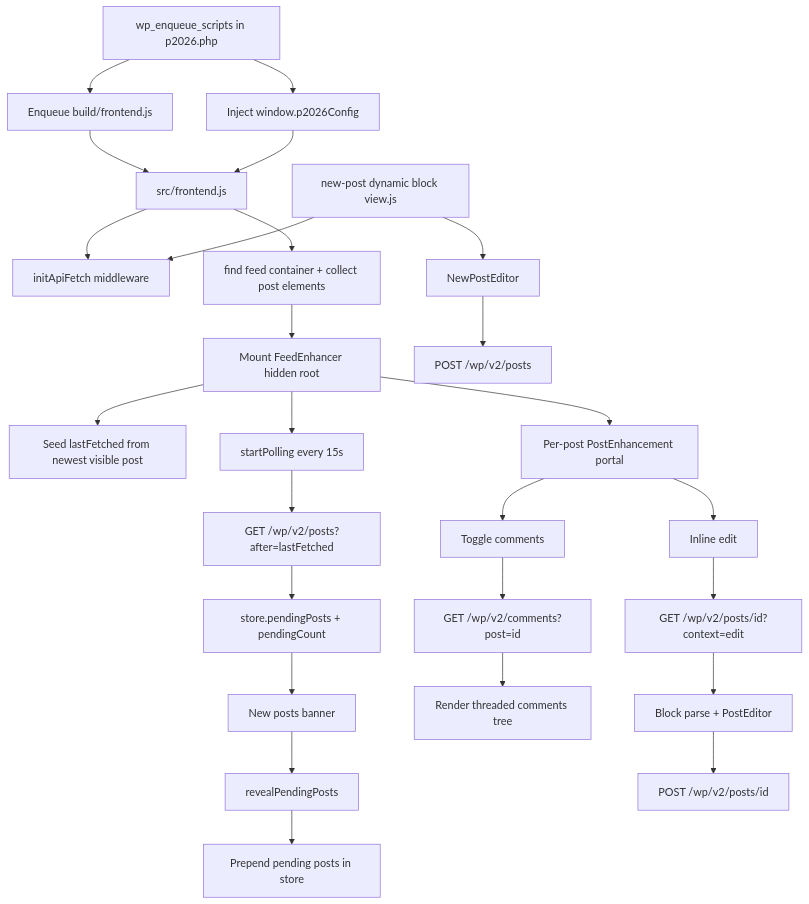
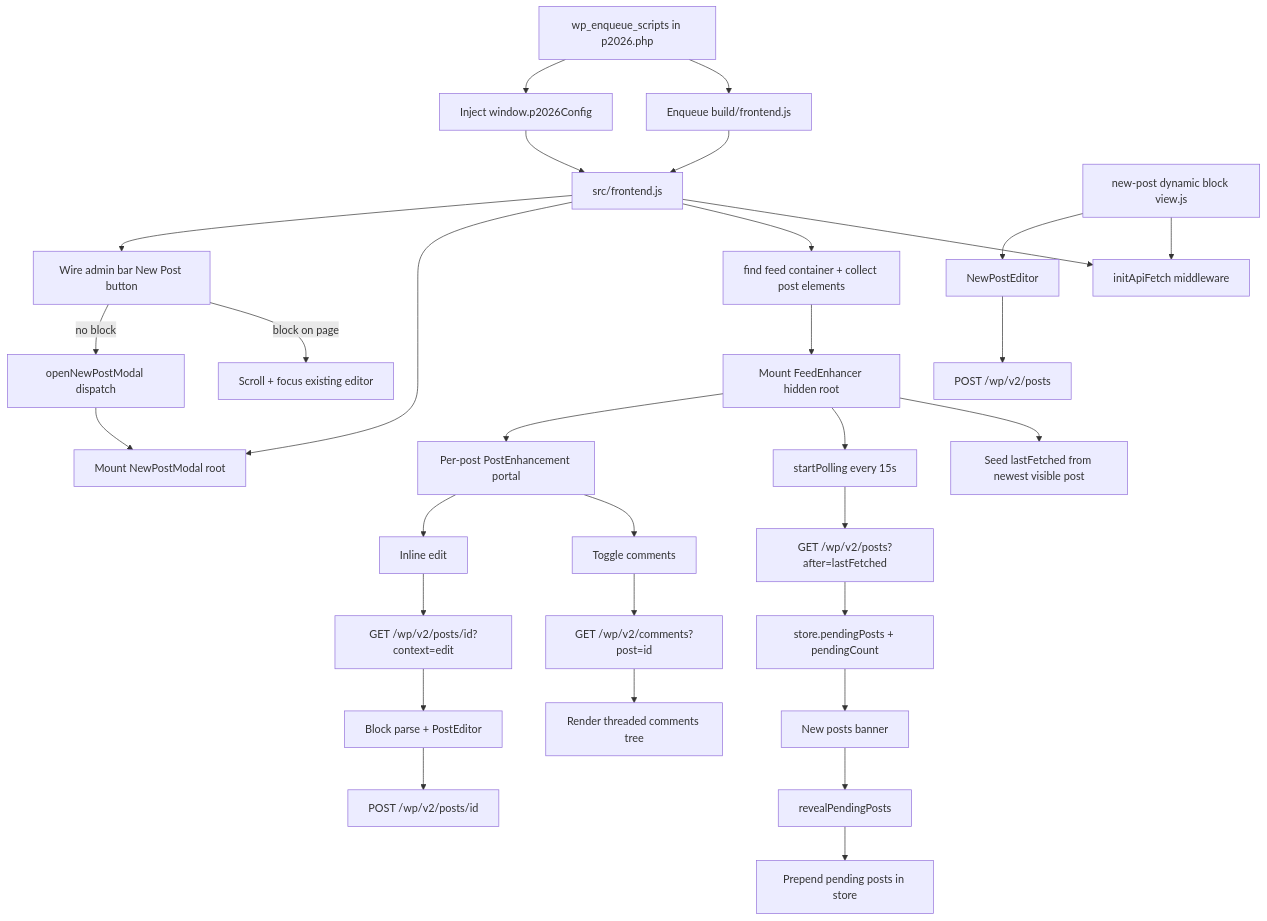
Before and after one commit to georgestephanis/p2-next: the diagram in ARCHITECTURE.md, drawn with Mermaid. The commit also changed other lines of this file and 15 other files, not shown here.

First line of the commit message:
Add NewPostModal and admin bar "New Post"

````diff
--- a/ARCHITECTURE.md
+++ b/ARCHITECTURE.md
@@ -14,35 +14,40 @@
 ```mermaid
 flowchart TD
     A[wp_enqueue_scripts in p2026.php] --> B[Enqueue build/frontend.js]
     A --> C[Inject window.p2026Config]
 
     B --> D[src/frontend.js]
     C --> D
 
     D --> E[initApiFetch middleware]
     D --> F[find feed container + collect post elements]
+    D --> AB[Mount NewPostModal root]
+    D --> AC[Wire admin bar New Post button]
+    AC -->|block on page| AD[Scroll + focus existing editor]
+    AC -->|no block| AE[openNewPostModal dispatch]
+    AE --> AB
     F --> G[Mount FeedEnhancer hidden root]
 
     G --> H[Seed lastFetched from newest visible post]
     G --> I[startPolling every 15s]
 
     I --> J[GET /wp/v2/posts?after=lastFetched]
     J --> K[store.pendingPosts + pendingCount]
     K --> L[New posts banner]
     L --> M[revealPendingPosts]
     M --> N[Prepend pending posts in store]
 
     G --> O[Per-post PostEnhancement portal]
     O --> P[Toggle comments]
     P --> Q[GET /wp/v2/comments?post=id]
     Q --> R[Render threaded comments tree]
 
     O --> S[Inline edit]
     S --> T[GET /wp/v2/posts/id?context=edit]
     T --> U[Block parse + PostEditor]
     U --> V[POST /wp/v2/posts/id]
 
     W[new-post dynamic block view.js] --> E
     W --> X[NewPostEditor]
     X --> Y[POST /wp/v2/posts]
 ```
````
